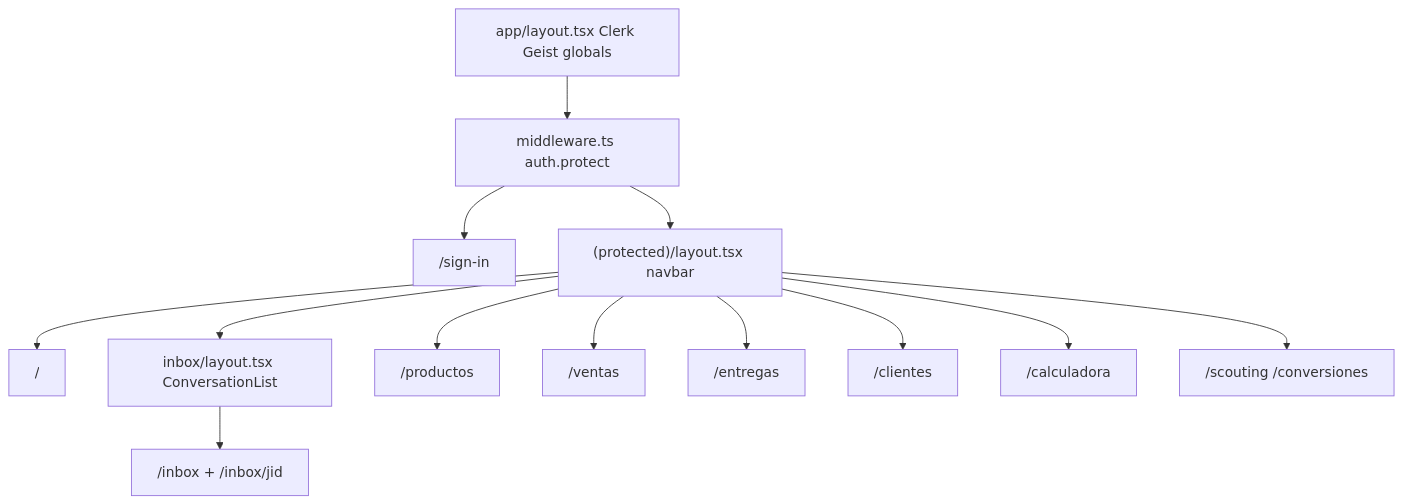
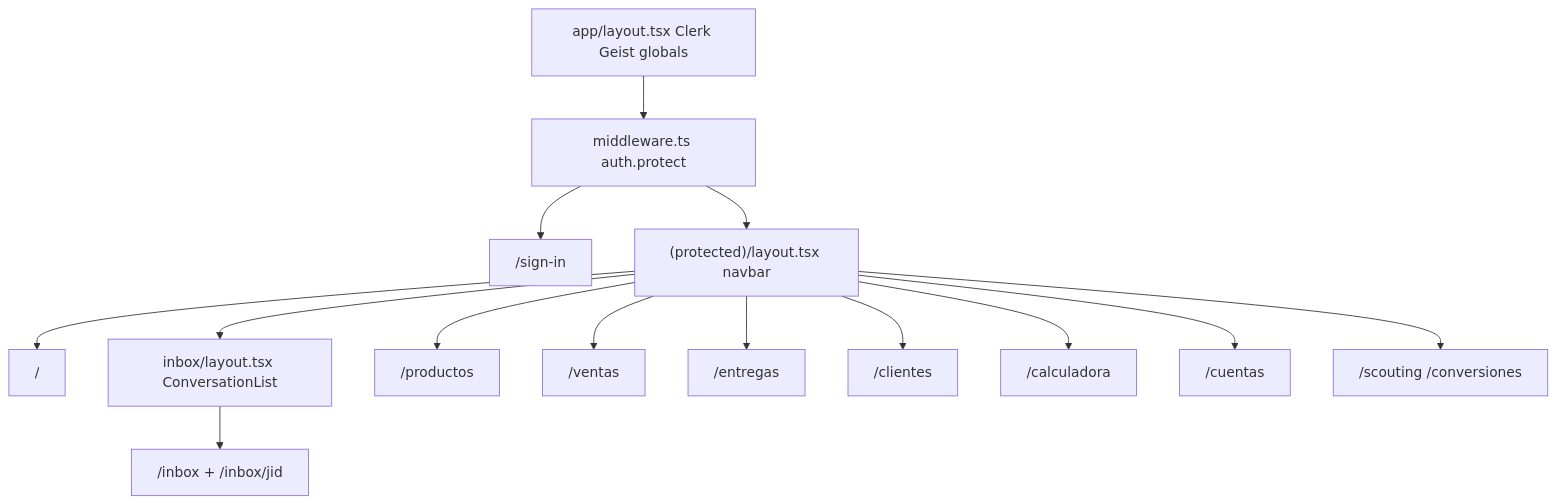
The diagram in PROJECT.md (MigueloDev/fastseller_dashboard), drawn with Mermaid before and after one commit. The commit also changed other lines of this file and 18 other files, not shown here.

````diff
--- a/PROJECT.md
+++ b/PROJECT.md
@@ -120,28 +125,30 @@
 ```mermaid
 flowchart TD
   root[app/layout.tsx Clerk Geist globals]
   mw[middleware.ts auth.protect]
   pub["/sign-in"]
   shell["(protected)/layout.tsx navbar"]
   home["/"]
   inboxLayout["inbox/layout.tsx ConversationList"]
   inbox["/inbox + /inbox/jid"]
   productos["/productos"]
   ventas["/ventas"]
   entregas["/entregas"]
   clientes["/clientes"]
   calc["/calculadora"]
+  cuentas["/cuentas"]
   stubs["/scouting /conversiones"]
 
   mw --> pub
   mw --> shell
   root --> mw
   shell --> home
   shell --> inboxLayout --> inbox
   shell --> productos
   shell --> ventas
   shell --> entregas
   shell --> clientes
   shell --> calc
+  shell --> cuentas
   shell --> stubs
 ```
````
